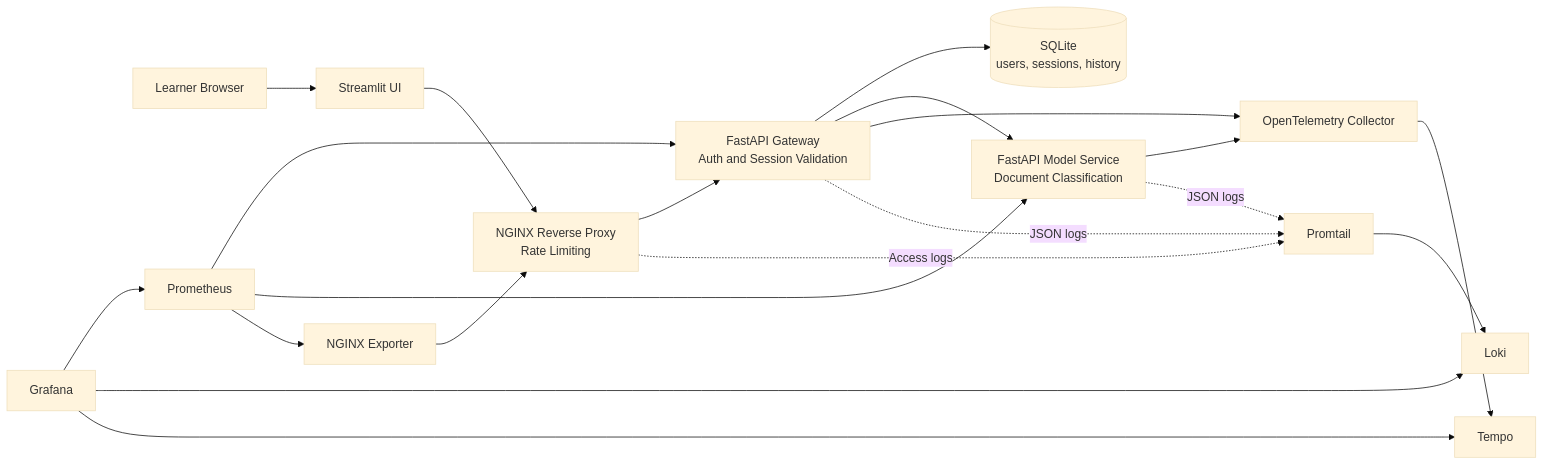
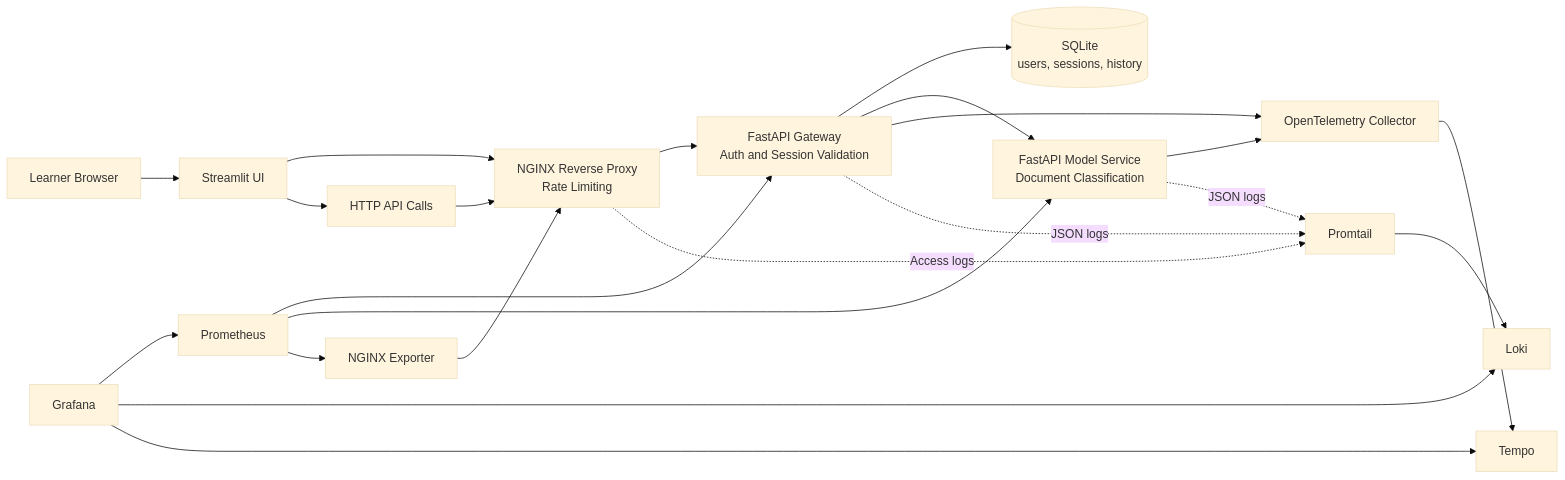
Before and after one commit to ssime-git/masterclass_monitoring_observability_mlops: the diagram in README.md, drawn with Mermaid (base theme). The commit also changed other lines of this file, not shown here.

````diff
--- a/README.md
+++ b/README.md
@@ -45,26 +34,28 @@
 ```mermaid
 flowchart LR
     User["Learner Browser"] --> UI["Streamlit UI"]
     UI --> NGINX["NGINX Reverse Proxy<br/>Rate Limiting"]
+    UI --> API["HTTP API Calls"]
+    API --> NGINX
     NGINX --> Gateway["FastAPI Gateway<br/>Auth and Session Validation"]
     Gateway --> SQLite[("SQLite<br/>users, sessions, history")]
     Gateway --> Model["FastAPI Model Service<br/>Document Classification"]
 
     Prometheus["Prometheus"] --> Gateway
     Prometheus --> Model
     Prometheus --> NginxExporter["NGINX Exporter"]
     NginxExporter --> NGINX
 
     Grafana["Grafana"] --> Prometheus
     Grafana --> Loki["Loki"]
     Grafana --> Tempo["Tempo"]
 
     Gateway --> OTel["OpenTelemetry Collector"]
     Model --> OTel
     OTel --> Tempo
 
     Promtail["Promtail"] --> Loki
     Gateway -. JSON logs .-> Promtail
     Model -. JSON logs .-> Promtail
     NGINX -. Access logs .-> Promtail
 ```
````
